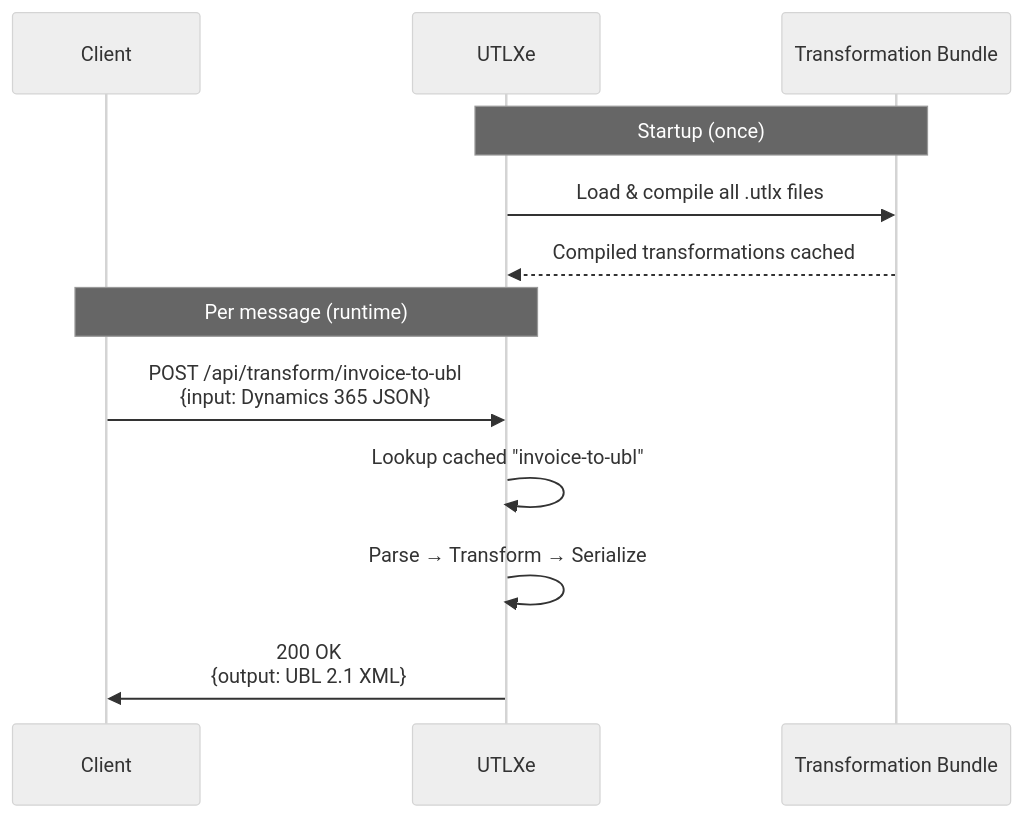
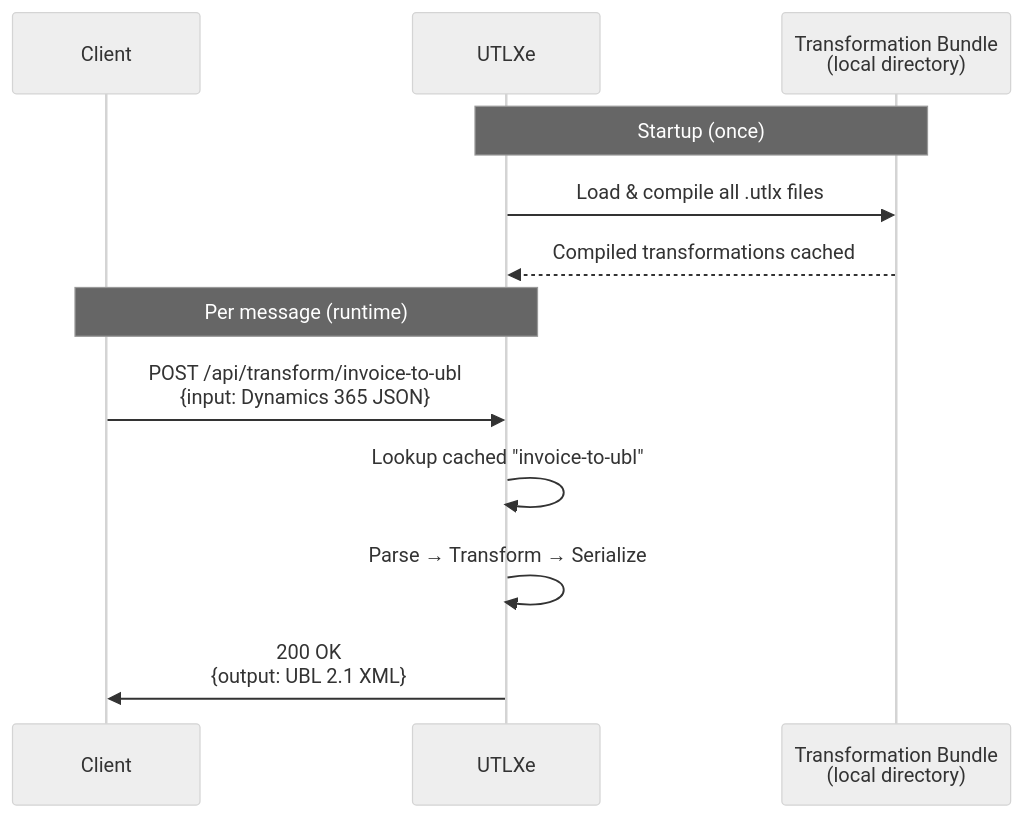
One commit to grauwen/utl-x changed the second of 13 diagrams in docs/architecture/utlxe-connection-sequence-diagrams.md. Above: the diagram before and after it, drawn with Mermaid. The commit also changed other lines of this file and 1 other file, not shown here.

Commit message:
EF03: UTLXe Bundle Management API

````diff
--- a/docs/architecture/utlxe-connection-sequence-diagrams.md
+++ b/docs/architecture/utlxe-connection-sequence-diagrams.md
@@ -36,21 +36,21 @@
 ```mermaid
 ---
 config:
   look: handDrawn
   theme: neutral
 ---
 sequenceDiagram
     participant Client
     participant UTLXe
-    participant Bundle as Transformation Bundle
+    participant Bundle as Transformation Bundle<br/>(local directory)
 
     Note over UTLXe,Bundle: Startup (once)
     UTLXe->>Bundle: Load & compile all .utlx files
     Bundle-->>UTLXe: Compiled transformations cached
 
     Note over Client,UTLXe: Per message (runtime)
     Client->>UTLXe: POST /api/transform/invoice-to-ubl<br/>{input: Dynamics 365 JSON}
     UTLXe->>UTLXe: Lookup cached "invoice-to-ubl"
     UTLXe->>UTLXe: Parse → Transform → Serialize
     UTLXe->>Client: 200 OK<br/>{output: UBL 2.1 XML}
 ```
````
